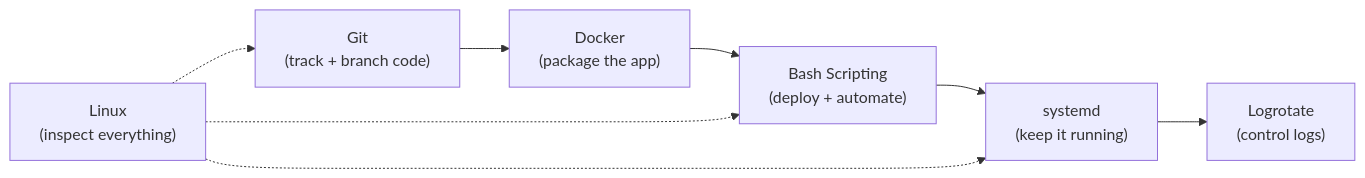
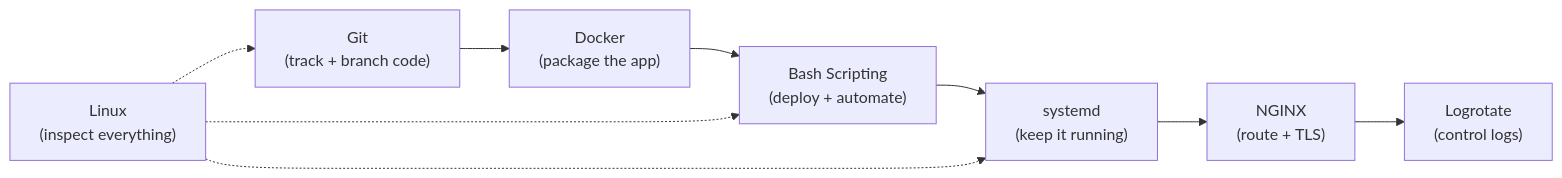
The diagram in daily-story/README.md (Arman-Ahmed-Jony/quick-look-commands), drawn with Mermaid before and after one commit. The commit also changed other lines of this file and 2 other files, not shown here.

Commit message:
Add NGINX reverse proxy documentation
Introduced a comprehensive guide on NGINX as a reverse proxy, detailing its role in addressing common issues such as non-standard ports, lack of TLS, and session management. The documentation includes configuration examples, troubleshooting tips, and real-world scenarios to enhance understanding and implementation of NGINX in application deployments. This addition aims to equip users with the knowledge to effectively utilize NGINX for improved application performance and security.

````diff
--- a/daily-story/README.md
+++ b/daily-story/README.md
@@ -36,11 +37,12 @@
 ```mermaid
 flowchart LR
     Git["Git\n(track + branch code)"] --> Docker
     Docker["Docker\n(package the app)"] --> Bash
     Bash["Bash Scripting\n(deploy + automate)"] --> systemd
-    systemd["systemd\n(keep it running)"] --> Logrotate
+    systemd["systemd\n(keep it running)"] --> NGINX
+    NGINX["NGINX\n(route + TLS)"] --> Logrotate
     Logrotate["Logrotate\n(control logs)"]
     Linux["Linux\n(inspect everything)"] -.-> Git
     Linux -.-> Bash
     Linux -.-> systemd
 ```
````
